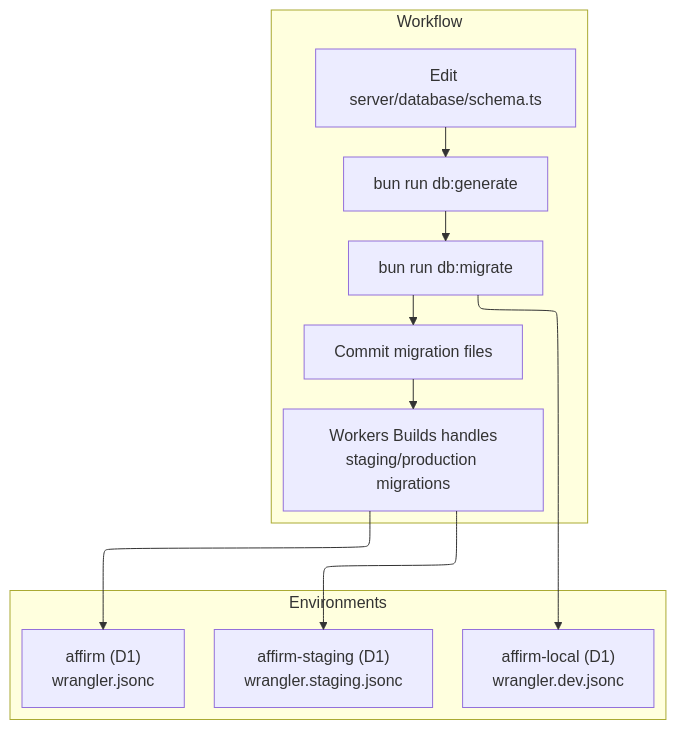
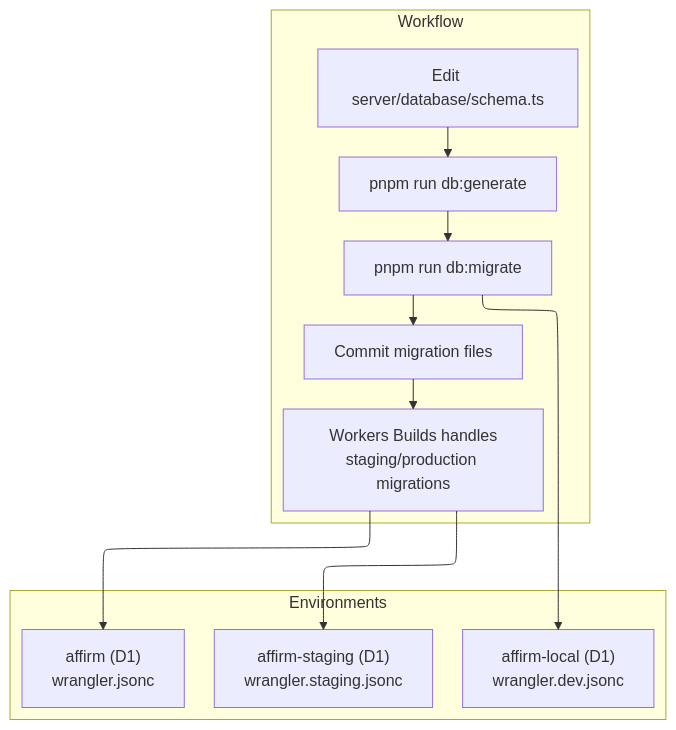
The seventh of 7 diagrams in GETTING-STARTED.md (tecapps/affirm), drawn with Mermaid before and after one commit. The commit also changed other lines of this file and 3 other files, not shown here.

First line of the commit message:
📝 docs: migrate package manager references from bun to pnpm

````diff
--- a/GETTING-STARTED.md
+++ b/GETTING-STARTED.md
@@ -561,25 +561,25 @@
 ```mermaid
 ---
 config:
   layout: elk
 ---
 flowchart TD
     subgraph "Environments"
         DEV_DB["affirm-local (D1)\nwrangler.dev.jsonc"]
         STG_DB["affirm-staging (D1)\nwrangler.staging.jsonc"]
         PROD_DB["affirm (D1)\nwrangler.jsonc"]
     end
 
     subgraph "Workflow"
         S1["Edit server/database/schema.ts"]
-        S2["bun run db:generate"]
-        S3["bun run db:migrate"]
+        S2["pnpm run db:generate"]
+        S3["pnpm run db:migrate"]
         S4["Commit migration files"]
         S5["Workers Builds handles\nstaging/production migrations"]
     end
 
     S1 --> S2 --> S3 --> DEV_DB
     S3 --> S4 --> S5
     S5 --> STG_DB
     S5 --> PROD_DB
 ```
````
